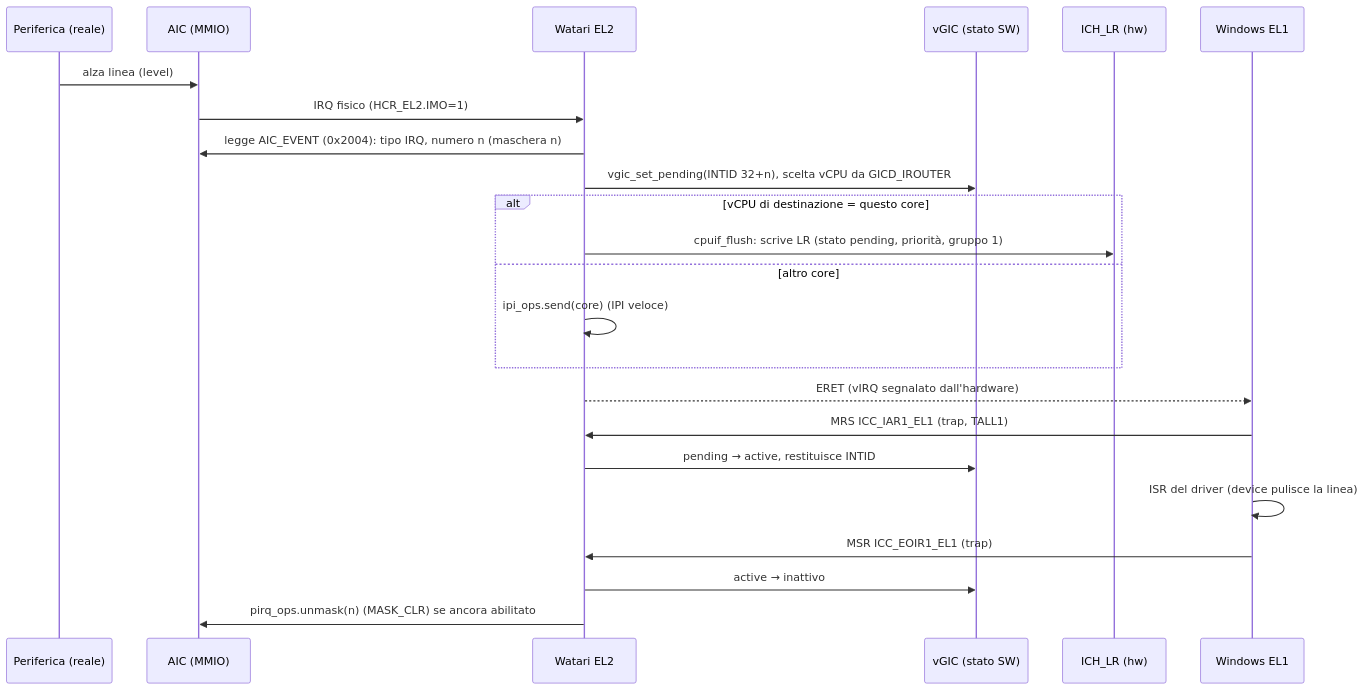
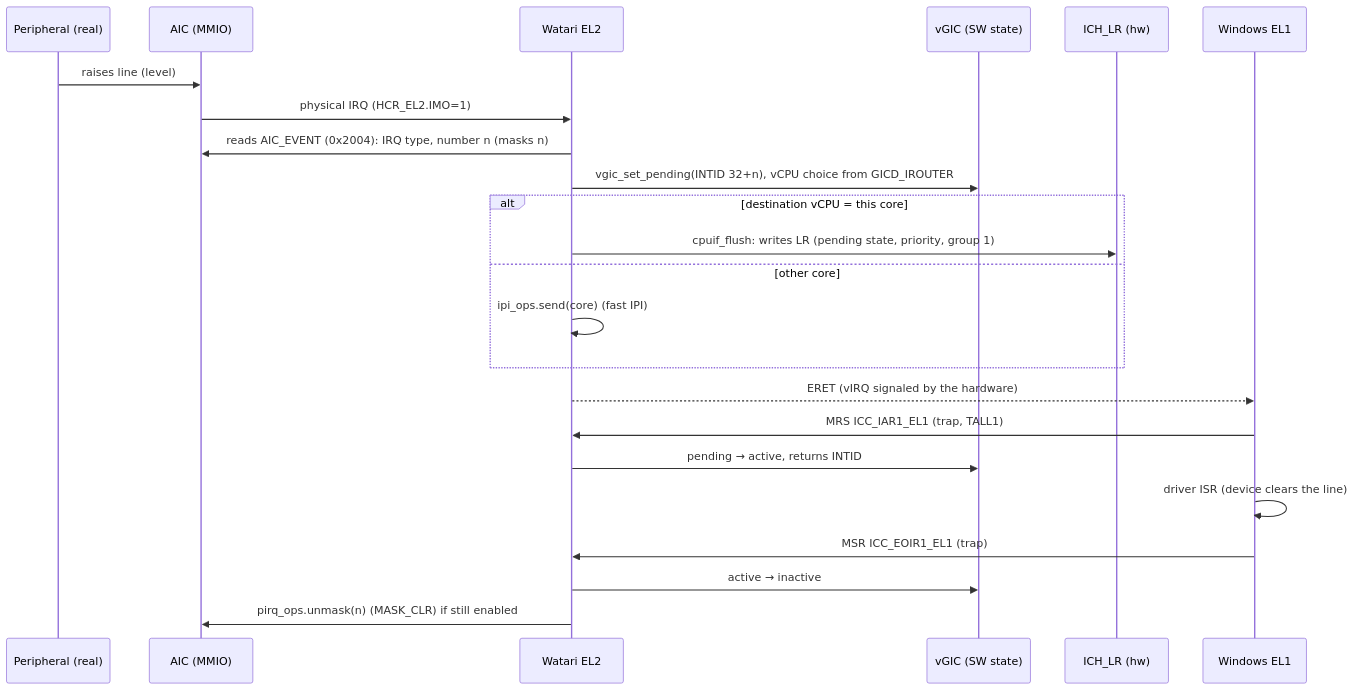
One commit to ZonatedCord/WatariBoot changed the fourth of 6 diagrams in docs/design/watari-el2/ARCHITECTURE.md. Above: the diagram before and after it, drawn with Mermaid. The commit also changed other lines of this file and 60 other files, not shown here.

````diff
--- a/docs/design/watari-el2/ARCHITECTURE.md
+++ b/docs/design/watari-el2/ARCHITECTURE.md
@@ -176,25 +176,25 @@
 ```mermaid
 sequenceDiagram
-  participant D as Periferica (reale)
+  participant D as Peripheral (real)
   participant A as AIC (MMIO)
   participant E as Watari EL2
-  participant V as vGIC (stato SW)
+  participant V as vGIC (SW state)
   participant L as ICH_LR (hw)
   participant W as Windows EL1
-  D->>A: alza linea (level)
-  A->>E: IRQ fisico (HCR_EL2.IMO=1)
-  E->>A: legge AIC_EVENT (0x2004): tipo IRQ, numero n (maschera n)
-  E->>V: vgic_set_pending(INTID 32+n), scelta vCPU da GICD_IROUTER
-  alt vCPU di destinazione = questo core
-    E->>L: cpuif_flush: scrive LR (stato pending, priorità, gruppo 1)
-  else altro core
-    E->>E: ipi_ops.send(core) (IPI veloce)
+  D->>A: raises line (level)
+  A->>E: physical IRQ (HCR_EL2.IMO=1)
+  E->>A: reads AIC_EVENT (0x2004): IRQ type, number n (masks n)
+  E->>V: vgic_set_pending(INTID 32+n), vCPU choice from GICD_IROUTER
+  alt destination vCPU = this core
+    E->>L: cpuif_flush: writes LR (pending state, priority, group 1)
+  else other core
+    E->>E: ipi_ops.send(core) (fast IPI)
   end
-  E-->>W: ERET (vIRQ segnalato dall'hardware)
+  E-->>W: ERET (vIRQ signaled by the hardware)
   W->>E: MRS ICC_IAR1_EL1 (trap, TALL1)
-  E->>V: pending → active, restituisce INTID
-  W->>W: ISR del driver (device pulisce la linea)
+  E->>V: pending → active, returns INTID
+  W->>W: driver ISR (device clears the line)
   W->>E: MSR ICC_EOIR1_EL1 (trap)
-  E->>V: active → inattivo
-  E->>A: pirq_ops.unmask(n) (MASK_CLR) se ancora abilitato
+  E->>V: active → inactive
+  E->>A: pirq_ops.unmask(n) (MASK_CLR) if still enabled
 ```
````
